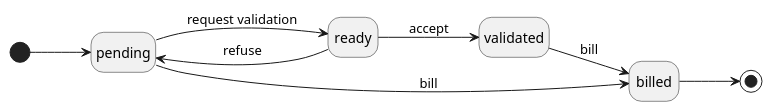
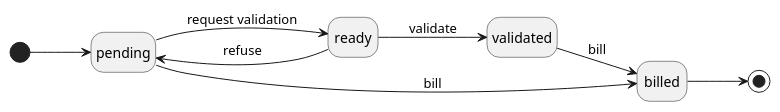
The diagram in docs/developer-manual/sale/classes/sale-entry.md (yesbabylon/symbiose-doc), drawn with PlantUML before and after one commit. The commit also changed other lines of this file, not shown here.

Commit message:
Fix error transition is validate not accept

````diff
--- a/docs/developer-manual/sale/classes/sale-entry.md
+++ b/docs/developer-manual/sale/classes/sale-entry.md
@@ -37,15 +37,15 @@
 ```puml
 @startuml
 left to right direction
 hide empty description
 
 [*] --> pending
 pending --> ready: request validation
 pending --> billed: bill
-ready --> validated: accept
+ready --> validated: validate
 ready --> pending: refuse
 validated --> billed: bill
 billed --> [*]
 
 @enduml
 ```
````
